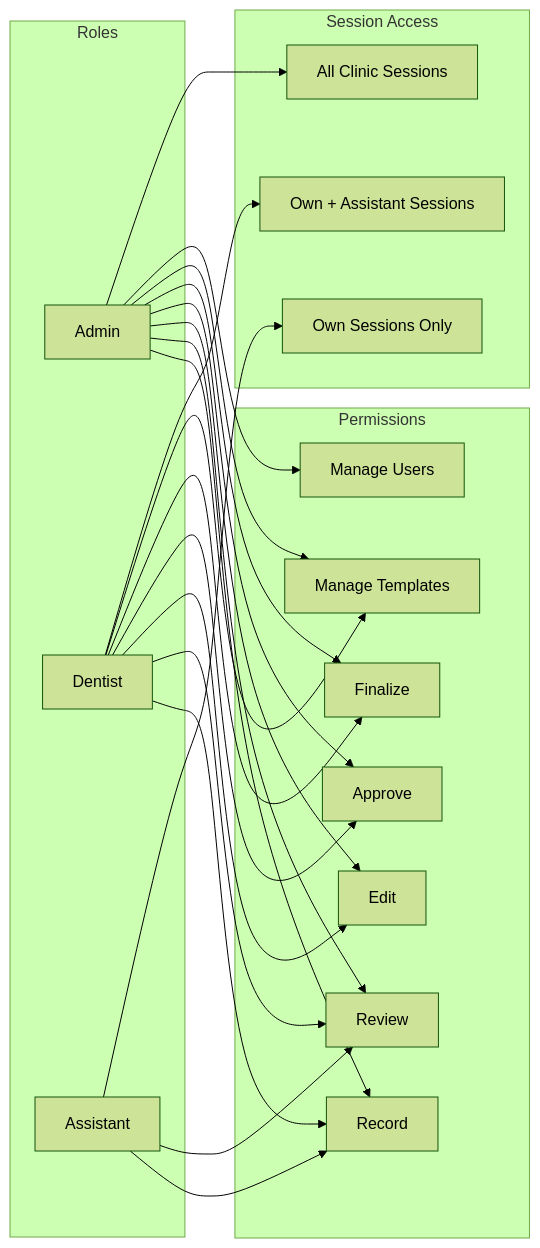
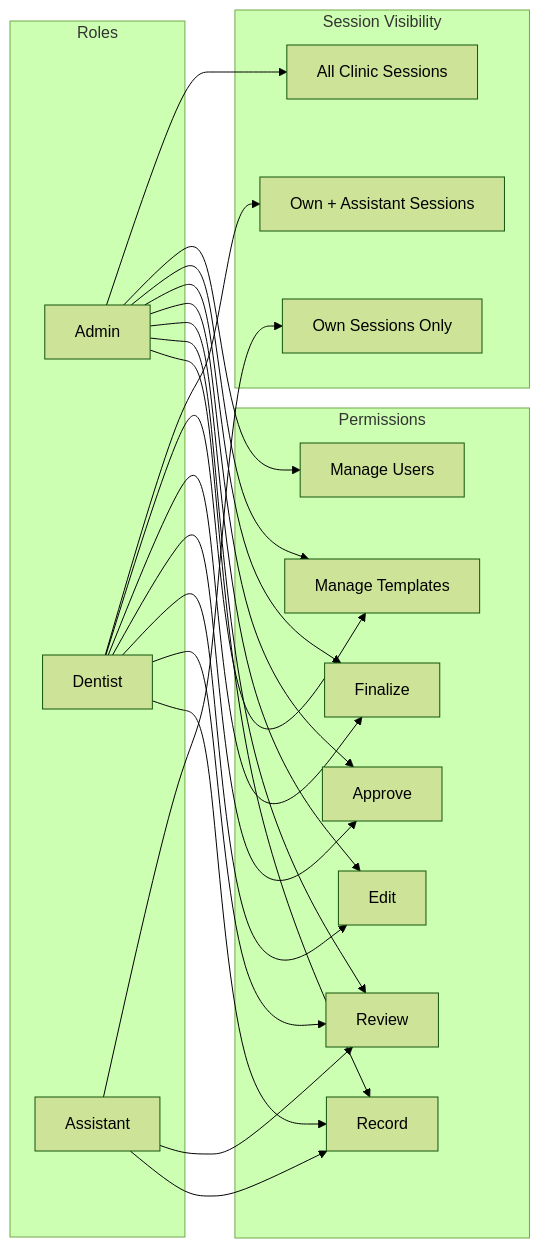
The third of 4 diagrams in README.md (mihirgediya2001/milya-scribe-plus), drawn with Mermaid (forest theme) before and after one commit. The commit also changed other lines of this file, not shown here.

Commit message:
Update README: multi-template architecture, API endpoints, design decisions

````diff
--- a/README.md
+++ b/README.md
@@ -104,32 +161,32 @@
 ```mermaid
 graph LR
     subgraph Roles
         ADMIN[Admin]
         DENTIST[Dentist]
         ASSISTANT[Assistant]
     end
 
     subgraph Permissions
         RECORD[Record]
         REVIEW[Review]
         EDIT[Edit]
         APPROVE[Approve]
         FINALIZE[Finalize]
         TEMPLATES[Manage Templates]
         USERS[Manage Users]
     end
 
-    subgraph Session Access
+    subgraph Session_Access["Session Visibility"]
         ALL[All Clinic Sessions]
         OWN_ASST[Own + Assistant Sessions]
         OWN[Own Sessions Only]
     end
 
     ADMIN --> RECORD & REVIEW & EDIT & APPROVE & FINALIZE & TEMPLATES & USERS
     DENTIST --> RECORD & REVIEW & EDIT & APPROVE & FINALIZE & TEMPLATES
     ASSISTANT --> RECORD & REVIEW
 
     ADMIN --> ALL
     DENTIST --> OWN_ASST
     ASSISTANT --> OWN
 ```
````
